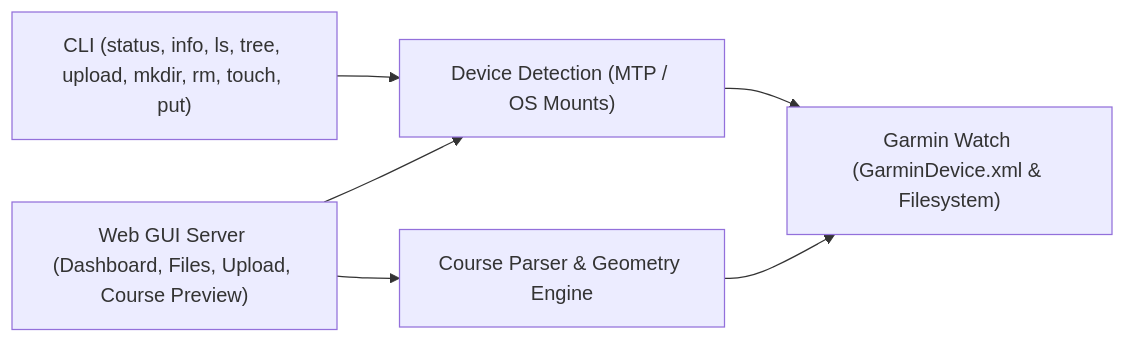
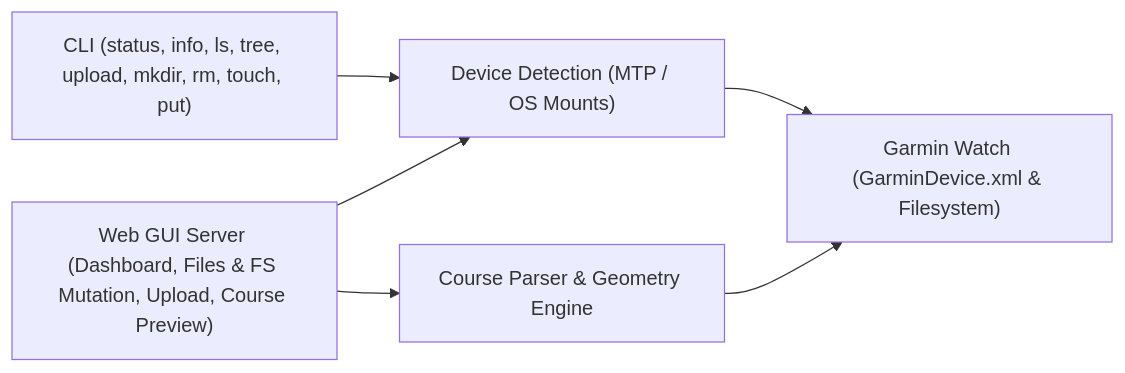
The diagram in specs/constitution.md (jvanheerikhuize/garmin-connector), drawn with Mermaid before and after one commit. The commit also changed other lines of this file and 2 other files, not shown here.

Commit message:
docs(specs): add Web GUI filesystem manipulation spec (FR-12)

````diff
--- a/specs/constitution.md
+++ b/specs/constitution.md
@@ -80,8 +81,8 @@
 ```mermaid
 flowchart LR
     CLI["CLI (status, info, ls, tree, upload, mkdir, rm, touch, put)"] --> Detector["Device Detection (MTP / OS Mounts)"]
-    Web["Web GUI Server (Dashboard, Files, Upload, Course Preview)"] --> CourseParser["Course Parser & Geometry Engine"]
+    Web["Web GUI Server (Dashboard, Files & FS Mutation, Upload, Course Preview)"] --> CourseParser["Course Parser & Geometry Engine"]
     Web --> Detector
     Detector --> Watch["Garmin Watch (GarminDevice.xml & Filesystem)"]
     CourseParser --> Watch
 ```
````
